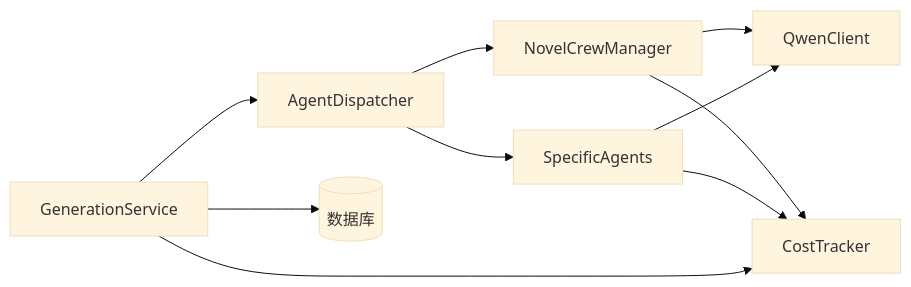
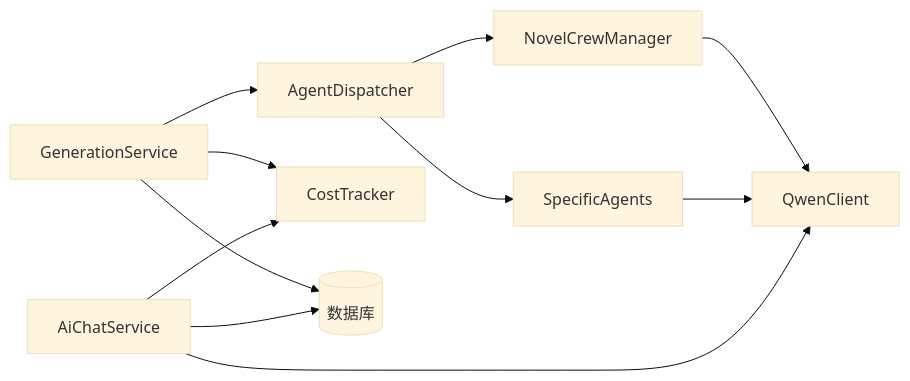
Before and after one commit to xfbyxq/ai-novel-system: the eighth of 8 diagrams in .qoder/repowiki/zh/content/LLM集成架构/LLM集成架构.md, drawn with Mermaid (base theme). The commit also changed other lines of this file and 23 other files, not shown here.

````diff
--- a/.qoder/repowiki/zh/content/LLM集成架构/LLM集成架构.md
+++ b/.qoder/repowiki/zh/content/LLM集成架构/LLM集成架构.md
@@ -335,12 +400,13 @@
 ```mermaid
 graph LR
 SVC["GenerationService"] --> DISP["AgentDispatcher"]
 DISP --> CREW["NovelCrewManager"]
 DISP --> AGT["SpecificAgents"]
 CREW --> QWEN["QwenClient"]
 AGT --> QWEN
-CREW --> COST["CostTracker"]
-AGT --> COST
-SVC --> COST
+CHAT_SVC["AiChatService"] --> QWEN
+SVC --> COST["CostTracker"]
+CHAT_SVC --> COST
 SVC --> DB[("数据库")]
+CHAT_SVC --> DB
 ```
````
